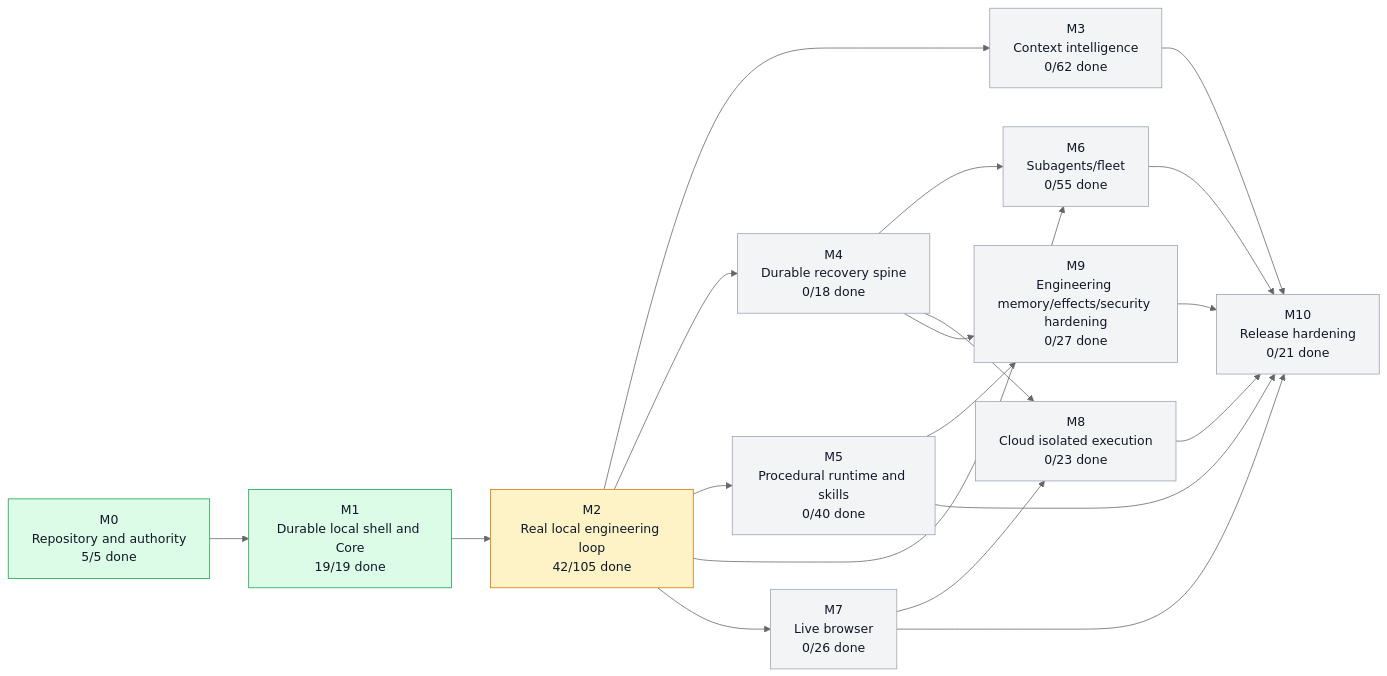
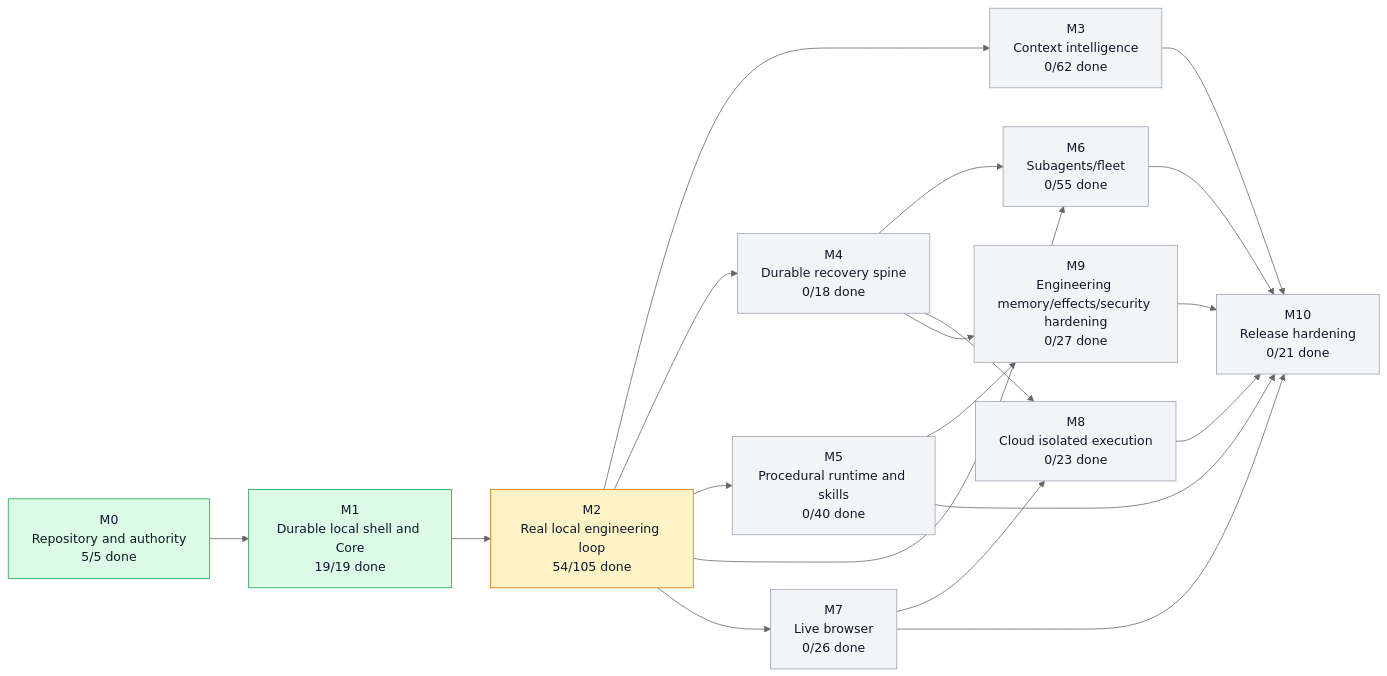
Before and after one commit to moss101/modbit: the first of 5 diagrams in graph/PROJECT_GRAPH.md, drawn with Mermaid (neutral theme). The commit also changed other lines of this file and 51 other files, not shown here.

````diff
--- a/graph/PROJECT_GRAPH.md
+++ b/graph/PROJECT_GRAPH.md
@@ -57,43 +57,43 @@
 ```mermaid
 flowchart LR
   M0["M0<br/>Repository and authority<br/>5/5 done"]
   M1["M1<br/>Durable local shell and Core<br/>19/19 done"]
-  M2["M2<br/>Real local engineering loop<br/>42/105 done"]
+  M2["M2<br/>Real local engineering loop<br/>54/105 done"]
   M3["M3<br/>Context intelligence<br/>0/62 done"]
   M4["M4<br/>Durable recovery spine<br/>0/18 done"]
   M5["M5<br/>Procedural runtime and skills<br/>0/40 done"]
   M6["M6<br/>Subagents/fleet<br/>0/55 done"]
   M7["M7<br/>Live browser<br/>0/26 done"]
   M8["M8<br/>Cloud isolated execution<br/>0/23 done"]
   M9["M9<br/>Engineering memory/effects/security hardening<br/>0/27 done"]
   M10["M10<br/>Release hardening<br/>0/21 done"]
   M0 --> M1
   M1 --> M2
   M2 --> M3
   M2 --> M4
   M2 --> M5
   M2 --> M6
   M4 --> M6
   M2 --> M7
   M4 --> M8
   M7 --> M8
   M4 --> M9
   M5 --> M9
   M3 --> M10
   M5 --> M10
   M6 --> M10
   M7 --> M10
   M8 --> M10
   M9 --> M10
   style M0 fill:#dcfce7,stroke:#16a34a,color:#111827
   style M1 fill:#dcfce7,stroke:#16a34a,color:#111827
   style M2 fill:#fef3c7,stroke:#d97706,color:#111827
   style M3 fill:#f3f4f6,stroke:#9ca3af,color:#111827
   style M4 fill:#f3f4f6,stroke:#9ca3af,color:#111827
   style M5 fill:#f3f4f6,stroke:#9ca3af,color:#111827
   style M6 fill:#f3f4f6,stroke:#9ca3af,color:#111827
   style M7 fill:#f3f4f6,stroke:#9ca3af,color:#111827
   style M8 fill:#f3f4f6,stroke:#9ca3af,color:#111827
   style M9 fill:#f3f4f6,stroke:#9ca3af,color:#111827
   style M10 fill:#f3f4f6,stroke:#9ca3af,color:#111827
 ```
````
